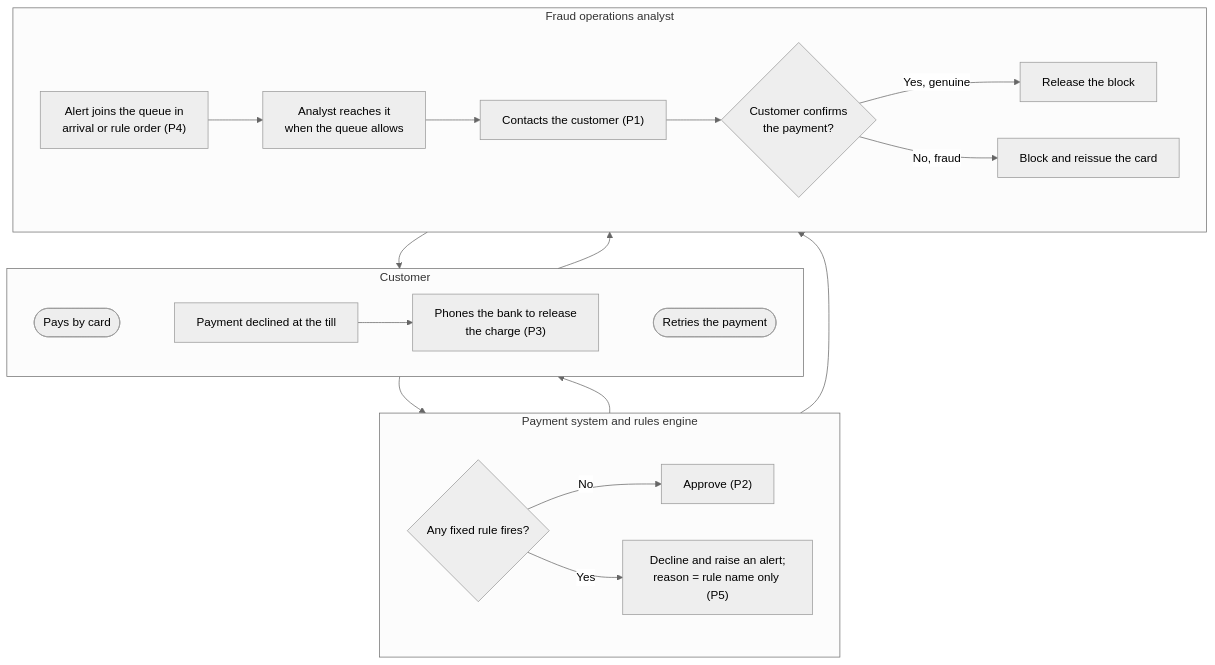
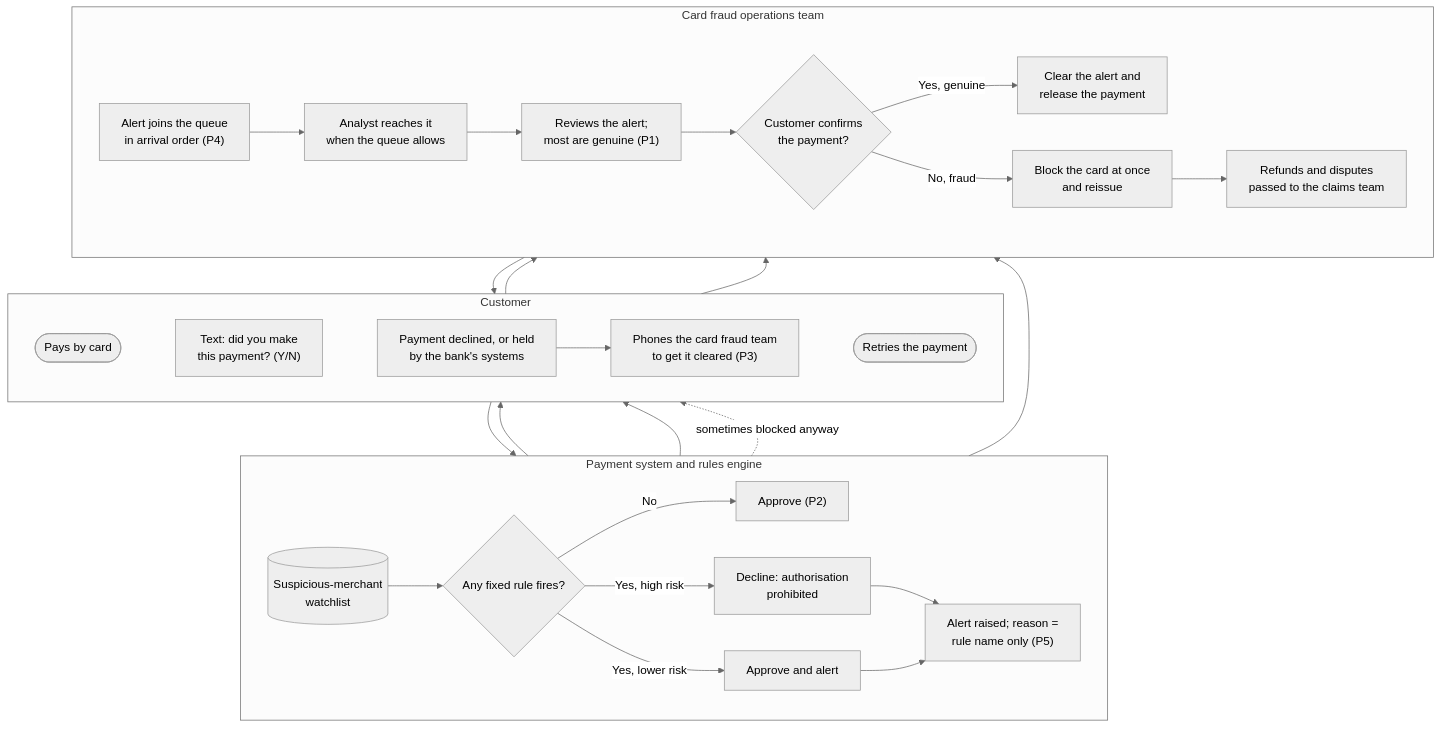
One commit to macash916/fraud-alert-queue changed the diagram in docs/process/as_is.mmd. Above: the diagram before and after it, drawn with Mermaid (neutral theme). The commit also changed 10 other files, not shown here.

```diff
--- a/docs/process/as_is.mmd
+++ b/docs/process/as_is.mmd
@@ -1,21 +1,29 @@
 flowchart TB
     subgraph C["Customer"]
         direction LR
-        C1([Pays by card]) ~~~ C5[Payment declined at the till] --> C6["Phones the bank to release<br/>the charge (P3)"] ~~~ C9([Retries the payment])
+        C1([Pays by card]) ~~~ C2["Text: did you make<br/>this payment? (Y/N)"] ~~~ C5[Payment declined, or held<br/>by the bank's systems] --> C6["Phones the card fraud team<br/>to get it cleared (P3)"] ~~~ C9([Retries the payment])
     end
     subgraph R["Payment system and rules engine"]
         direction LR
-        R1{"Any fixed rule fires?"} -- No --> R2["Approve (P2)"]
-        R1 -- Yes --> R3["Decline and raise an alert;<br/>reason = rule name only (P5)"]
+        W[(Suspicious-merchant<br/>watchlist)] --> R1{"Any fixed rule fires?"}
+        R1 -- No --> R2["Approve (P2)"]
+        R1 -- "Yes, high risk" --> R3["Decline: authorisation<br/>prohibited"]
+        R1 -- "Yes, lower risk" --> R4["Approve and alert"]
+        R3 --> R5["Alert raised; reason =<br/>rule name only (P5)"]
+        R4 --> R5
     end
-    subgraph A["Fraud operations analyst"]
+    subgraph A["Card fraud operations team"]
         direction LR
-        A1["Alert joins the queue in<br/>arrival or rule order (P4)"] --> A2[Analyst reaches it<br/>when the queue allows] --> A3["Contacts the customer (P1)"] --> A4{Customer confirms<br/>the payment?}
-        A4 -- Yes, genuine --> A5[Release the block]
-        A4 -- No, fraud --> A6[Block and reissue the card]
+        A1["Alert joins the queue<br/>in arrival order (P4)"] --> A2[Analyst reaches it<br/>when the queue allows] --> A3["Reviews the alert;<br/>most are genuine (P1)"] --> A4{Customer confirms<br/>the payment?}
+        A4 -- Yes, genuine --> A5[Clear the alert and<br/>release the payment]
+        A4 -- No, fraud --> A6[Block the card at once<br/>and reissue]
+        A6 --> A7[Refunds and disputes<br/>passed to the claims team]
     end
     C1 --> R1
+    R5 --> C2
+    R5 --> A1
     R3 --> C5
-    R3 --> A1
+    R4 -. "sometimes blocked anyway" .-> C5
+    C2 --> A4
     C6 --> A4
     A5 --> C9
```
